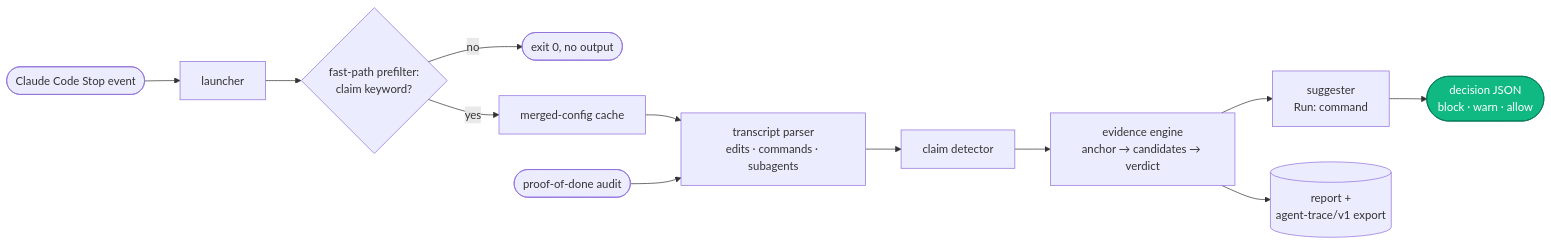
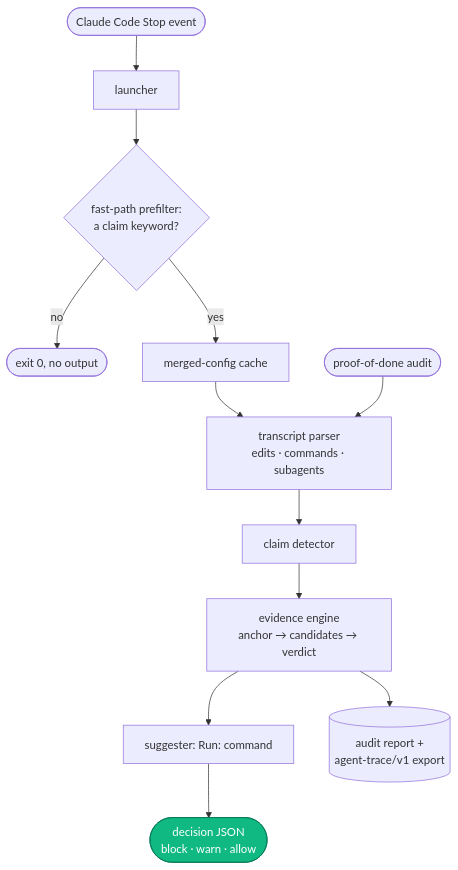
One commit to B0yko/proof-of-done changed the diagram in README.md. Above: the diagram before and after it, drawn with Mermaid.

Commit message:
docs: lay out the architecture diagram top-down so it stays legible

````diff
--- a/README.md
+++ b/README.md
@@ -118,16 +118,16 @@
 ```mermaid
-flowchart LR
+flowchart TD
     A([Claude Code Stop event]) --> B[launcher]
-    B --> C{fast-path prefilter:<br/>claim keyword?}
+    B --> C{fast-path prefilter:<br/>a claim keyword?}
     C -- no --> D([exit 0, no output])
     C -- yes --> E[merged-config cache]
     E --> F[transcript parser<br/>edits · commands · subagents]
+    K([proof-of-done audit]) --> F
     F --> G[claim detector]
     G --> H[evidence engine<br/>anchor → candidates → verdict]
-    H --> I[suggester<br/>Run: command]
+    H --> I[suggester: Run: command]
+    H --> L[(audit report +<br/>agent-trace/v1 export)]
     I --> J([decision JSON<br/>block · warn · allow])
-    K([proof-of-done audit]) --> F
-    H --> L[(report +<br/>agent-trace/v1 export)]
     classDef accent fill:#10b981,stroke:#047857,color:#ffffff
     class J accent
 ```
````
